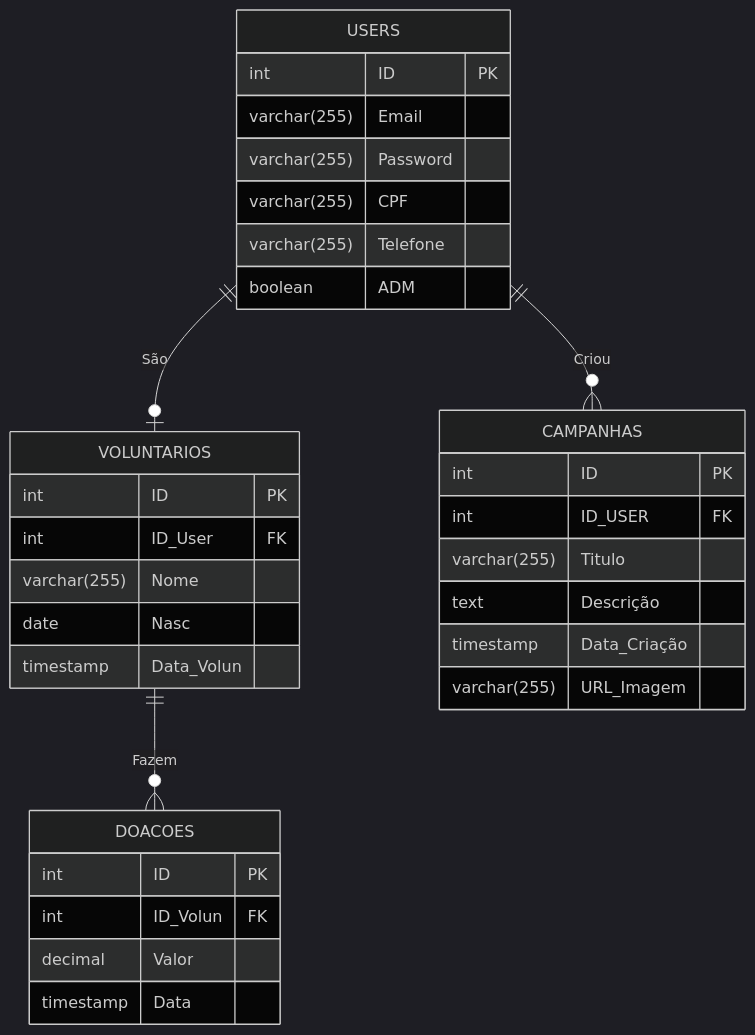
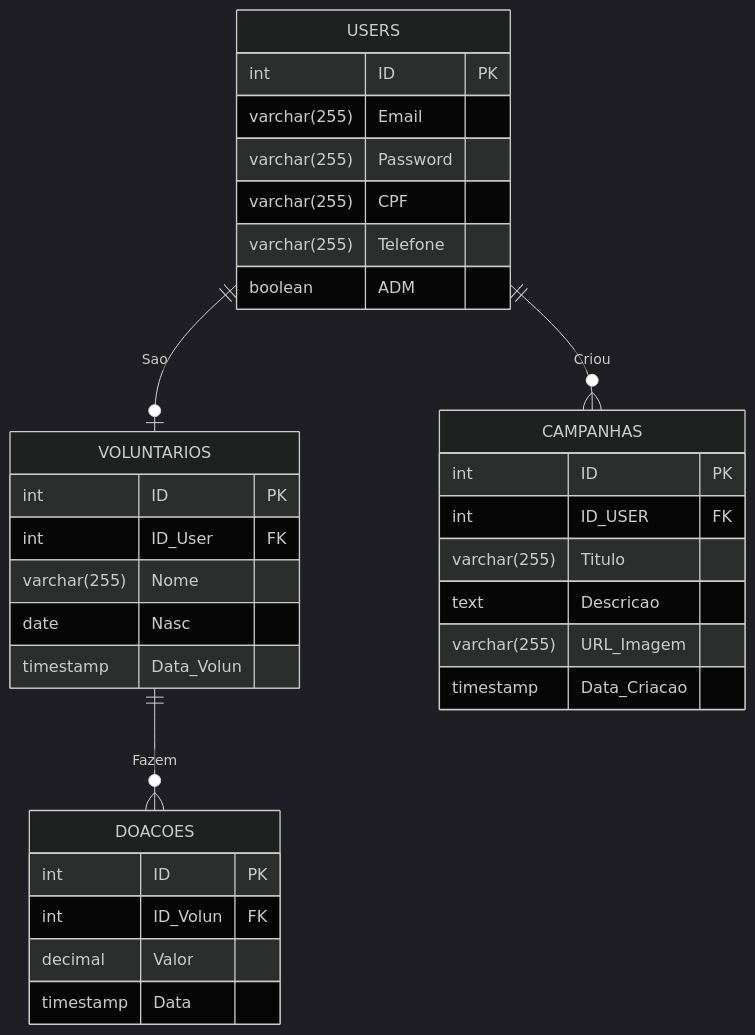
Before and after one commit to rafzsxl/cuide_dequem_cuidou: the diagram in documentation/bcd.md, drawn with Mermaid (dark theme). The commit also changed 5 other files, not shown here.

````diff
--- a/documentation/bcd.md
+++ b/documentation/bcd.md
@@ -1,44 +1,44 @@
 ```mermaid
 erDiagram
 
     USERS{
         int ID PK
         varchar(255) Email
         varchar(255) Password
         varchar(255) CPF
         varchar(255) Telefone
         boolean ADM
 
     }
 
     VOLUNTARIOS{
         int ID PK
         int ID_User FK
         varchar(255) Nome
         date Nasc
         timestamp Data_Volun
     }
 
 
     DOACOES{
         int ID PK
         int ID_Volun FK
         decimal Valor
         timestamp Data
     }
 
     CAMPANHAS{
         int ID PK
         int ID_USER FK 
         varchar(255) Titulo
-        text Descrição
-        timestamp Data_Criação
+        text Descricao
         varchar(255) URL_Imagem
+        timestamp Data_Criacao
     }
 
-    USERS ||--o| VOLUNTARIOS : "São"
+    USERS ||--o| VOLUNTARIOS : "Sao"
     VOLUNTARIOS ||--o{ DOACOES : "Fazem"
     USERS ||--o{ CAMPANHAS: "Criou"
 
 
 ```
````
